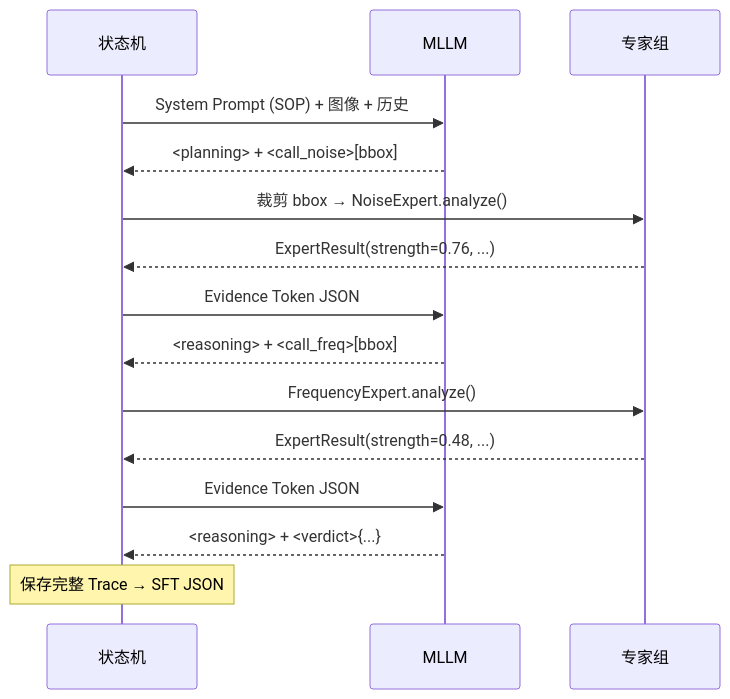
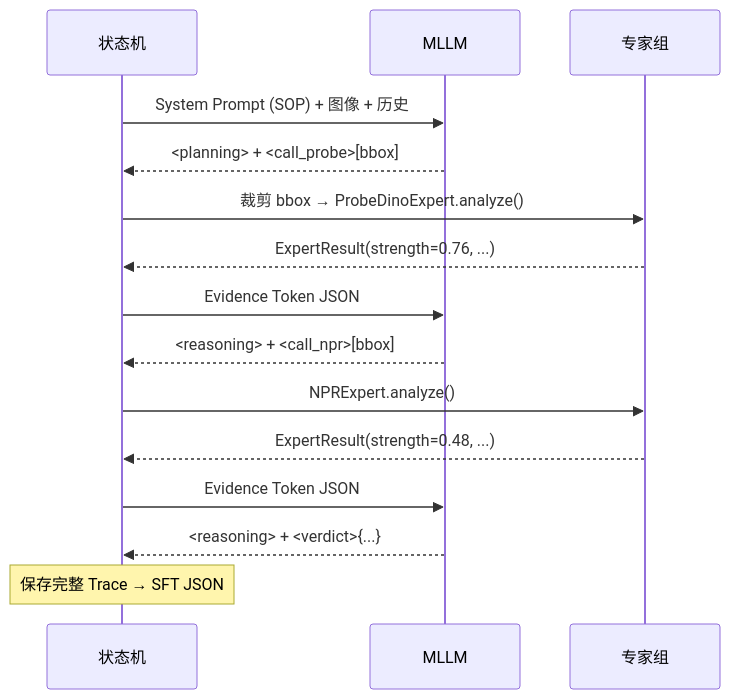
The second of 2 diagrams in README.md (nexipher/innovation_project), drawn with Mermaid before and after one commit. The commit also changed other lines of this file and 4 other files, not shown here.

````diff
--- a/README.md
+++ b/README.md
@@ -142,18 +157,18 @@
 ```mermaid
 sequenceDiagram
     participant SM as 状态机
     participant M as MLLM
     participant E as 专家组
 
     SM->>M: System Prompt (SOP) + 图像 + 历史
-    M-->>SM: <planning> + <call_noise>[bbox]
-    SM->>E: 裁剪 bbox → NoiseExpert.analyze()
+    M-->>SM: <planning> + <call_probe>[bbox]
+    SM->>E: 裁剪 bbox → ProbeDinoExpert.analyze()
     E-->>SM: ExpertResult(strength=0.76, ...)
     SM->>M: Evidence Token JSON
-    M-->>SM: <reasoning> + <call_freq>[bbox]
-    SM->>E: FrequencyExpert.analyze()
+    M-->>SM: <reasoning> + <call_npr>[bbox]
+    SM->>E: NPRExpert.analyze()
     E-->>SM: ExpertResult(strength=0.48, ...)
     SM->>M: Evidence Token JSON
     M-->>SM: <reasoning> + <verdict>{...}
     Note over SM: 保存完整 Trace → SFT JSON
 ```
````
